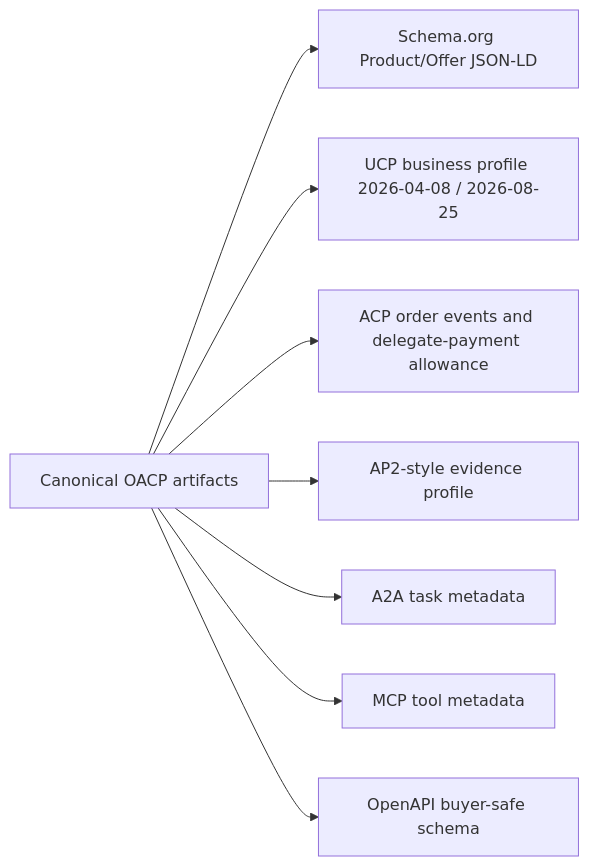
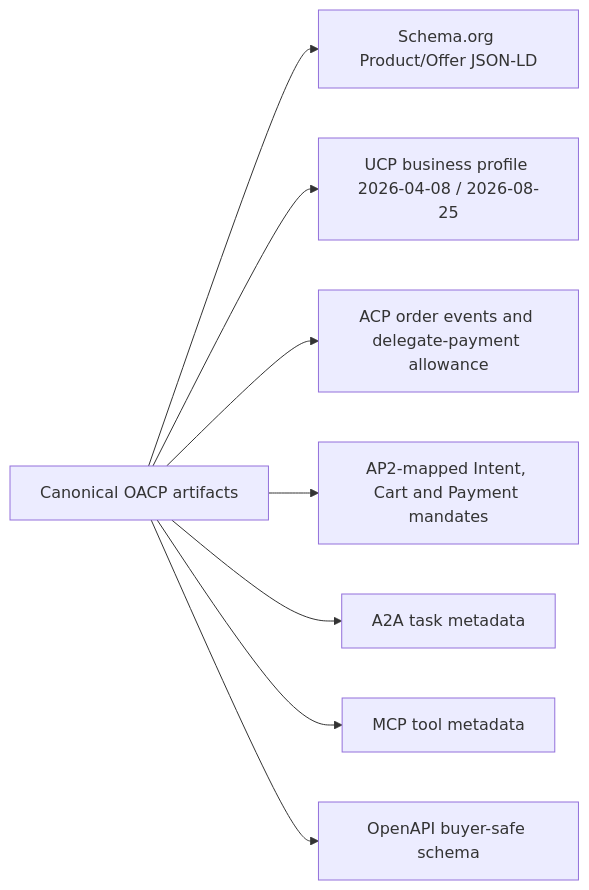
The diagram in docs/guides/oacp/protocol-adapter.mdx (mishrasanjeev/grantex), drawn with Mermaid before and after one commit. The commit also changed other lines of this file and 22 other files, not shown here.

````diff
--- a/docs/guides/oacp/protocol-adapter.mdx
+++ b/docs/guides/oacp/protocol-adapter.mdx
@@ -11,10 +11,10 @@
 ```mermaid
 flowchart LR
   artifact[Canonical OACP artifacts] --> schema[Schema.org Product/Offer JSON-LD]
   artifact --> ucp[UCP business profile 2026-04-08 / 2026-08-25]
   artifact --> acp[ACP order events and delegate-payment allowance]
-  artifact --> ap2[AP2-style evidence profile]
+  artifact --> ap2[AP2-mapped Intent, Cart and Payment mandates]
   artifact --> a2a[A2A task metadata]
   artifact --> mcp[MCP tool metadata]
   artifact --> openapi[OpenAPI buyer-safe schema]
 ```
````
